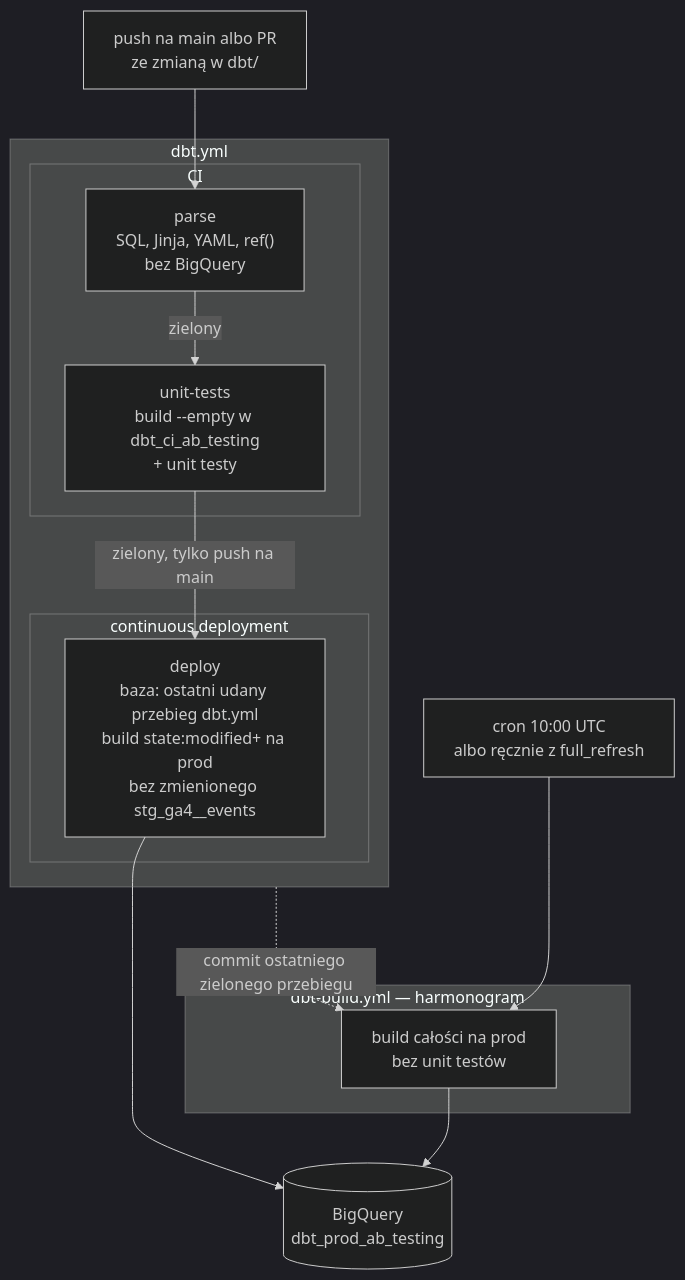
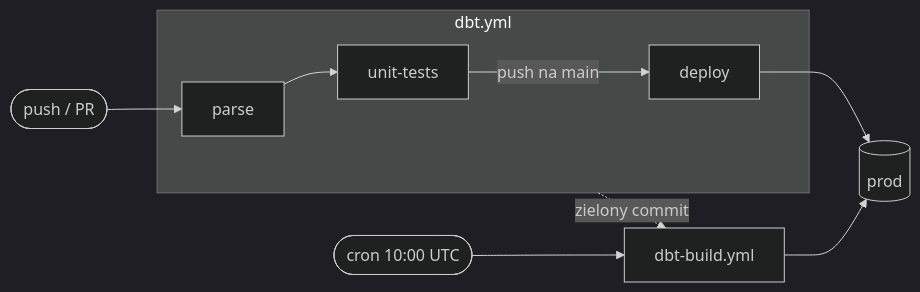
One commit to pmackowka/ga4-ab-testing-template changed the second of 2 diagrams in dbt/README.md. Above: the diagram before and after it, drawn with Mermaid (dark theme). The commit also changed other lines of this file, not shown here.

Commit message:
docs: kompaktowy diagram CI/CD z tabelą jobów

````diff
--- a/dbt/README.md
+++ b/dbt/README.md
@@ -127,20 +127,12 @@
 ```mermaid
-flowchart TD
-    PUSH["push na main albo PR<br/>ze zmianą w dbt/"] --> PARSE
+flowchart LR
+    PUSH(["push / PR"]) --> PARSE
     subgraph CICD["dbt.yml"]
-        subgraph CI["CI"]
-            PARSE["parse<br/>SQL, Jinja, YAML, ref()<br/>bez BigQuery"] -->|zielony| UNIT["unit-tests<br/>build --empty w dbt_ci_ab_testing<br/>+ unit testy"]
-        end
-        subgraph CD["continuous deployment"]
-            DEPLOY["deploy<br/>baza: ostatni udany przebieg dbt.yml<br/>build state:modified+ na prod<br/>bez zmienionego stg_ga4__events"]
-        end
-        UNIT -->|"zielony, tylko push na main"| DEPLOY
+        PARSE["parse"] --> UNIT["unit-tests"]
+        UNIT -->|push na main| DEPLOY["deploy"]
     end
-    CRON["cron 10:00 UTC<br/>albo ręcznie z full_refresh"] --> BUILD
-    subgraph SCHED["dbt-build.yml — harmonogram"]
-        BUILD["build całości na prod<br/>bez unit testów"]
-    end
-    CICD -.->|"commit ostatniego zielonego przebiegu"| BUILD
-    DEPLOY --> PROD[("BigQuery<br/>dbt_prod_ab_testing")]
+    CICD -.->|zielony commit| BUILD
+    CRON(["cron 10:00 UTC"]) --> BUILD["dbt-build.yml"]
+    DEPLOY --> PROD[("prod")]
     BUILD --> PROD
 ```
````
